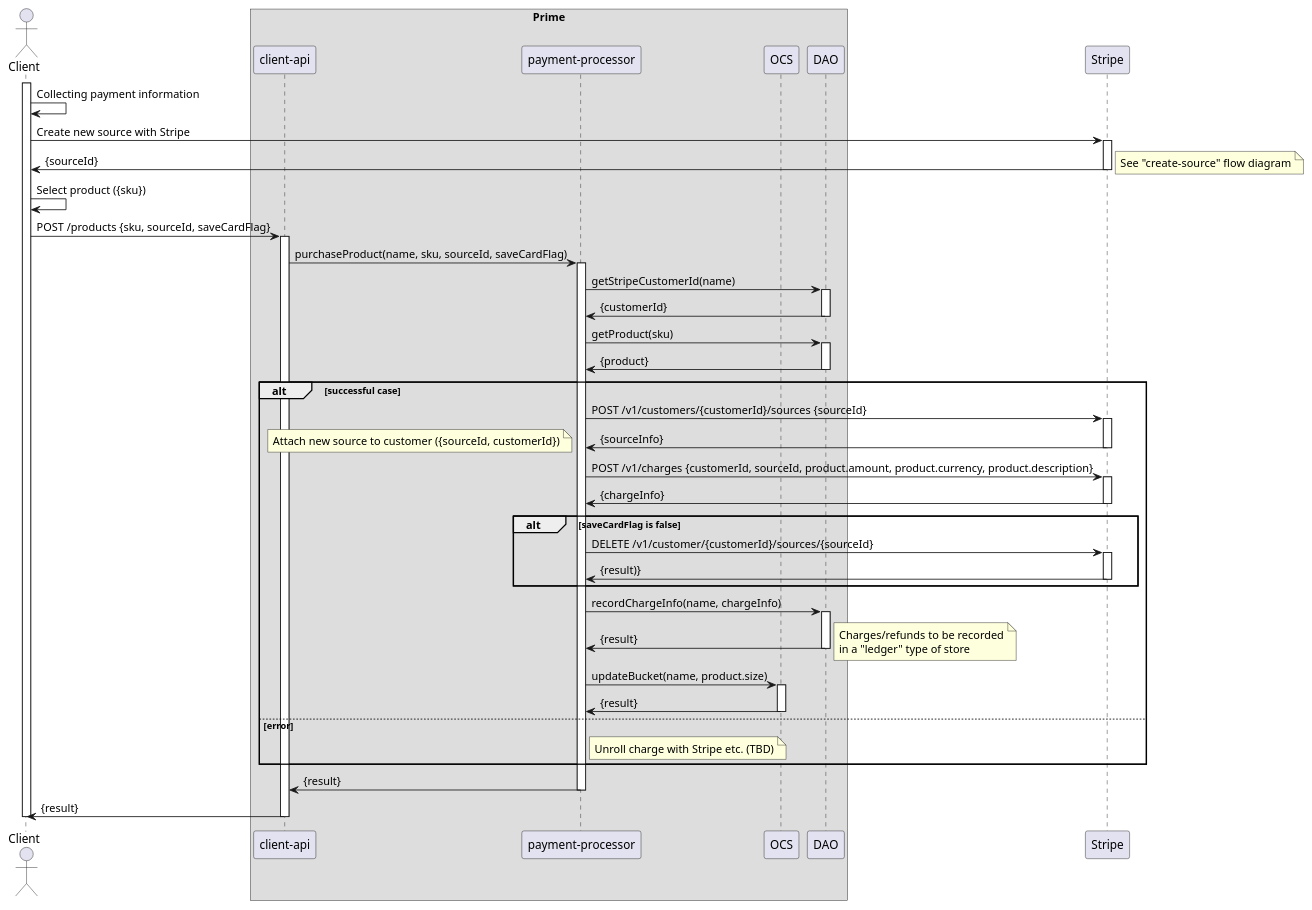
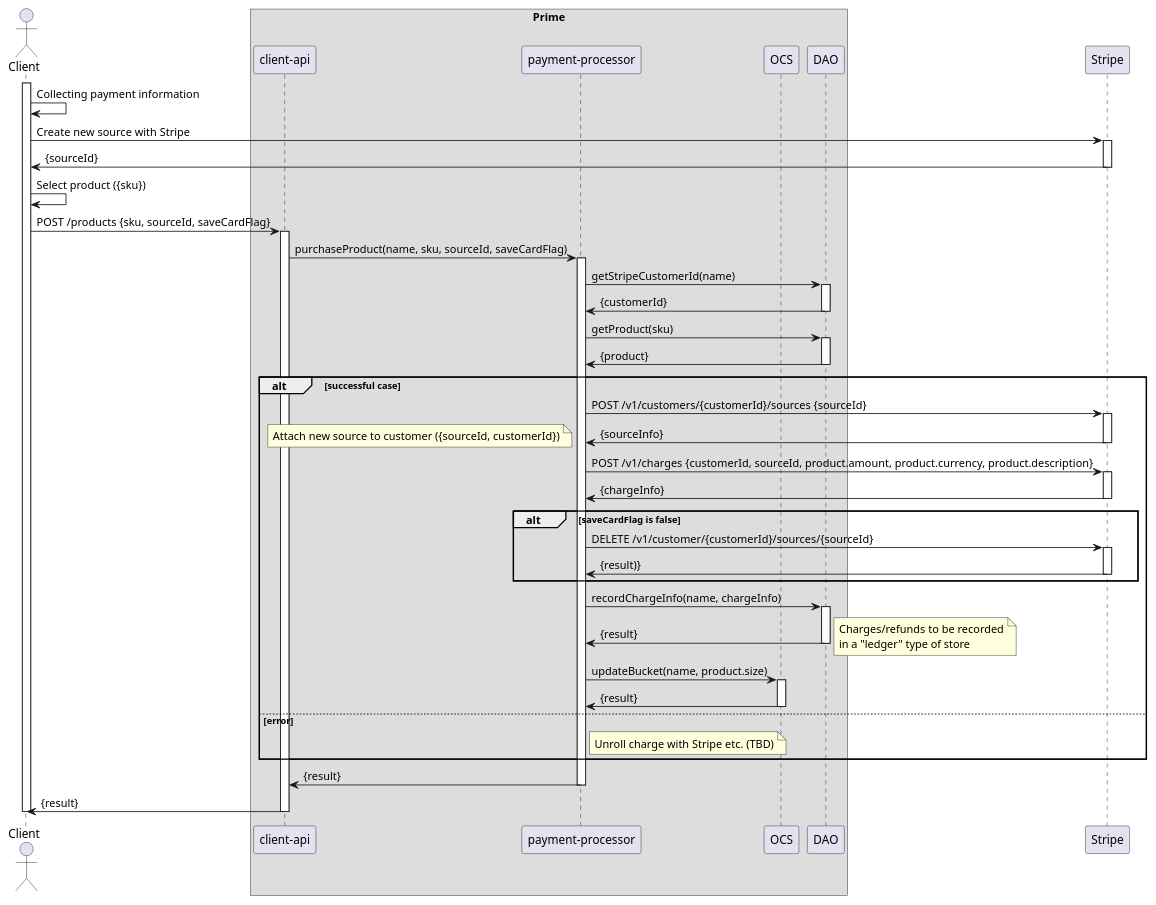
Before and after one commit to ostelco/ostelco-core: the diagram in payment-processor/doc/puml/purchase-with-new-source.puml, drawn with PlantUML. The commit also changed 1 other file, not shown here.

Commit message:
Updates to 'purchase' and 'new-source' flow diagarams

```diff
--- a/payment-processor/doc/puml/purchase-with-new-source.puml
+++ b/payment-processor/doc/puml/purchase-with-new-source.puml
@@ -1,88 +1,87 @@
 @startuml
 
 actor Client
 participant Client
 
 box "Prime"
     participant "client-api"
     participant "payment-processor"
     participant OCS
     participant DAO
 end box
 participant Stripe
 
 activate Client
     Client -> Client : Collecting payment information
 
     Client -> Stripe : Create new source with Stripe
     activate Stripe
     Stripe -> Client : {sourceId}
     deactivate Stripe
-    note right : See "create-source" flow diagram
 
     Client -> Client : Select product ({sku})
 
     Client -> "client-api": POST /products {sku, sourceId, saveCardFlag}
     activate "client-api"
 
     "client-api" -> "payment-processor" : purchaseProduct(name, sku, sourceId, saveCardFlag)
     activate "payment-processor"
 
     "payment-processor" -> DAO : getStripeCustomerId(name)
     activate DAO
     DAO -> "payment-processor" : {customerId}
     deactivate DAO
 
     "payment-processor" -> DAO : getProduct(sku)
     activate DAO
     DAO -> "payment-processor" : {product}
     deactivate DAO
 
     alt successful case
 
         "payment-processor" -> Stripe : POST /v1/customers/{customerId}/sources {sourceId}
         activate Stripe
         Stripe -> "payment-processor" : {sourceInfo}
         deactivate Stripe
         note left : Attach new source to customer ({sourceId, customerId})
 
         "payment-processor" -> Stripe : POST /v1/charges {customerId, sourceId, product.amount, product.currency, product.description}
         activate Stripe
         Stripe -> "payment-processor" : {chargeInfo}
         deactivate Stripe
 
         alt saveCardFlag is false
             "payment-processor" -> Stripe : DELETE /v1/customer/{customerId}/sources/{sourceId}
              activate Stripe
             Stripe -> "payment-processor" : {result)}
             deactivate Stripe
         end
 
         "payment-processor" -> DAO: recordChargeInfo(name, chargeInfo)
         activate DAO
         DAO -> "payment-processor" : {result}
         deactivate DAO
         note right
           Charges/refunds to be recorded
           in a "ledger" type of store
         end note
 
         "payment-processor" -> OCS : updateBucket(name, product.size)
         activate OCS
         OCS -> "payment-processor" : {result}
         deactivate OCS
 
     else error
          note right of "payment-processor" : Unroll charge with Stripe etc. (TBD)
 
     end
 
     "payment-processor" -> "client-api" : {result}
     deactivate "payment-processor"
 
     "client-api" -> Client : {result}
     deactivate "client-api"
 
 deactivate Client
 
 @enduml
```
